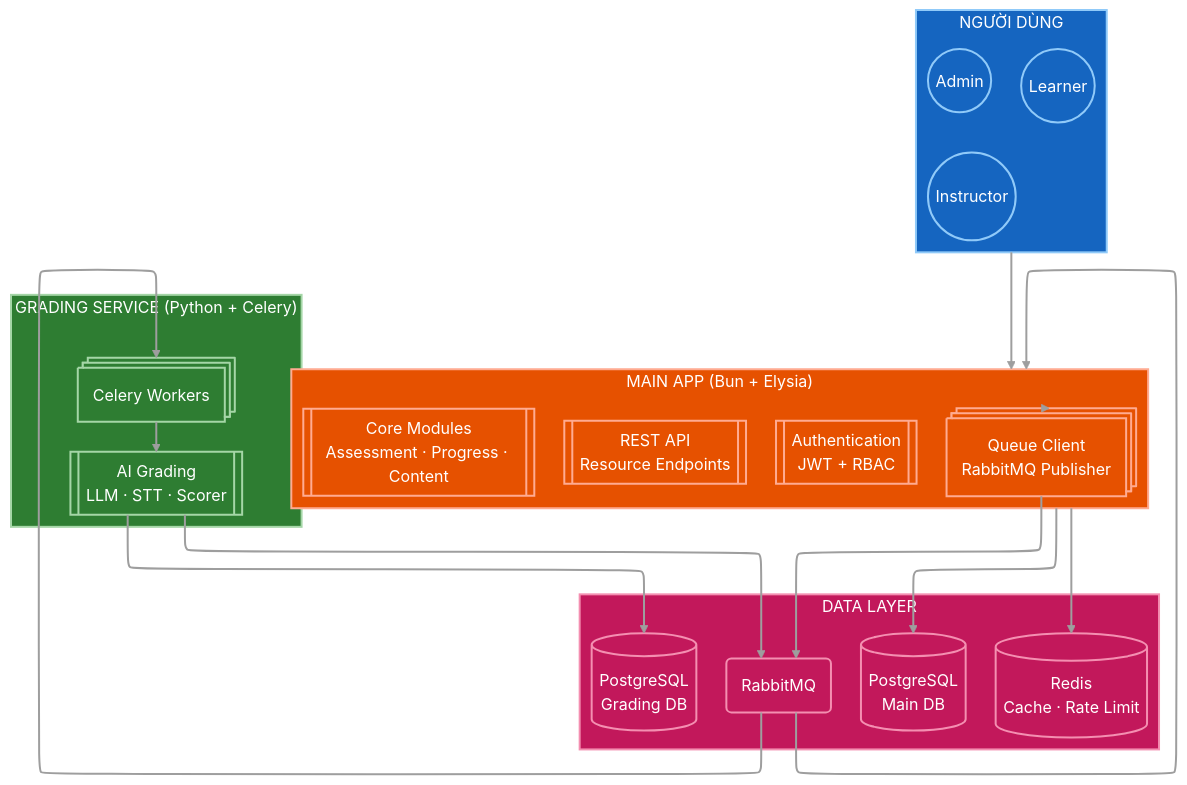
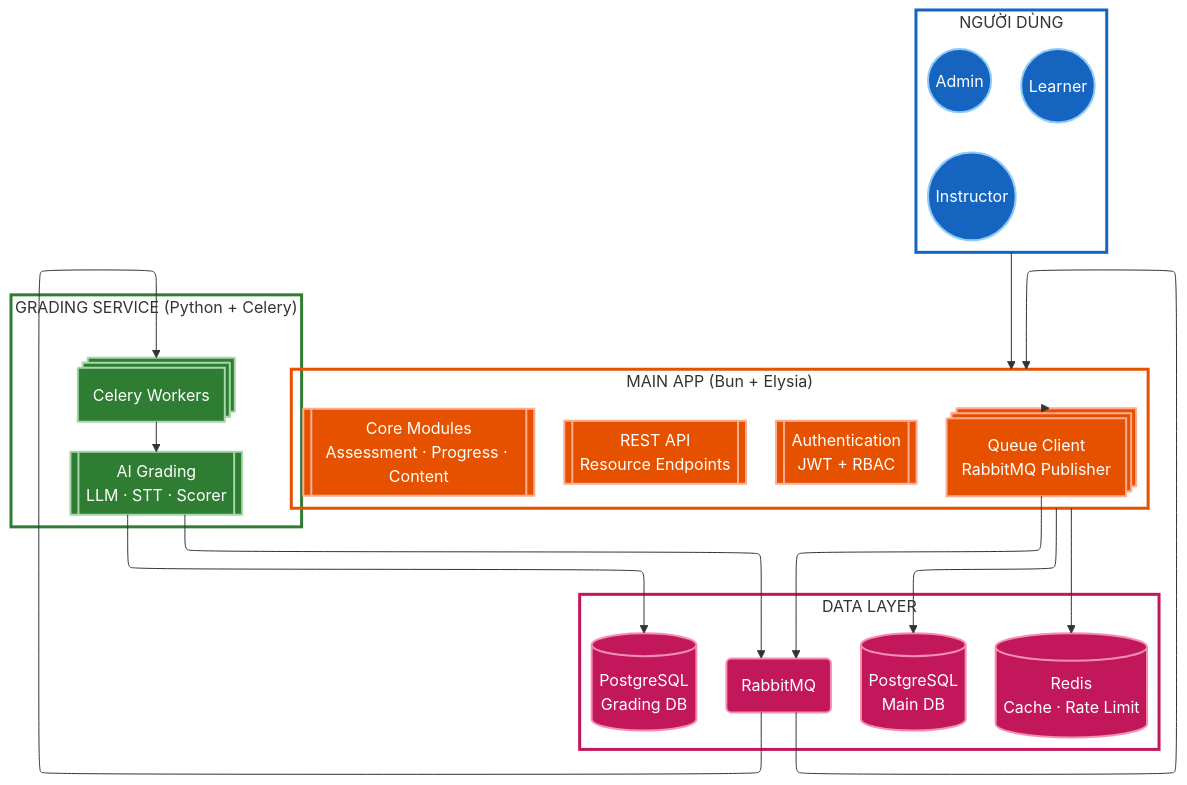
Before and after one commit to nghyane/VSTEP: the first of 12 diagrams in docs/capstone/diagrams/flow-diagrams.vi.md, drawn with Mermaid. The commit also changed other lines of this file, not shown here.

First line of the commit message:
fix(docs): remove unsupported linkStyle syntax causing parse errors

````diff
--- a/docs/capstone/diagrams/flow-diagrams.vi.md
+++ b/docs/capstone/diagrams/flow-diagrams.vi.md
@@ -9,59 +9,68 @@
 ```mermaid
 ---
 config:
   layout: elk
   theme: default
 ---
 flowchart TB
     subgraph Users["NGƯỜI DÙNG"]
         direction LR
         L@{ shape: circle, label: "Learner" }
         I@{ shape: circle, label: "Instructor" }
         A@{ shape: circle, label: "Admin" }
     end
 
     subgraph BunApp["MAIN APP (Bun + Elysia)"]
         direction TB
         Auth@{ shape: fr-rect, label: "Authentication\nJWT + RBAC" }
         API@{ shape: fr-rect, label: "REST API\nResource Endpoints" }
         Core@{ shape: fr-rect, label: "Core Modules\nAssessment · Progress · Content" }
         QueueClient@{ shape: st-rect, label: "Queue Client\nRabbitMQ Publisher" }
     end
 
     subgraph GradingService["GRADING SERVICE (Python + Celery)"]
         direction TB
         Worker@{ shape: st-rect, label: "Celery Workers" }
         Grader@{ shape: fr-rect, label: "AI Grading\nLLM · STT · Scorer" }
     end
 
     subgraph DataLayer["DATA LAYER"]
         direction LR
         MainDB@{ shape: cyl, label: "PostgreSQL\nMain DB" }
         GradingDB@{ shape: cyl, label: "PostgreSQL\nGrading DB" }
         MQ@{ shape: rounded, label: "RabbitMQ" }
         Redis@{ shape: cyl, label: "Redis\nCache · Rate Limit" }
     end
 
     Users --> BunApp
     BunApp --> MainDB
     BunApp --> Redis
     BunApp --> QueueClient
     QueueClient --> MQ
     MQ --> Worker
     Worker --> Grader
     Grader --> GradingDB
     Grader --> MQ
     MQ --> BunApp
 
     classDef users fill:#1565c0,stroke:#90caf9,stroke-width:2px,color:#fff
     classDef bun fill:#e65100,stroke:#ffab91,stroke-width:2px,color:#fff
     classDef python fill:#2e7d32,stroke:#a5d6a7,stroke-width:2px,color:#fff
     classDef data fill:#c2185b,stroke:#f48fb1,stroke-width:2px,color:#fff
 
-    class Users,L,I,A users
-    class BunApp,Auth,API,Core,QueueClient bun
-    class GradingService,Worker,Grader python
-    class DataLayer,MainDB,GradingDB,MQ,Redis data
+    classDef usersBox fill:none,stroke:#1565c0,stroke-width:3px
+    classDef bunBox fill:none,stroke:#e65100,stroke-width:3px
+    classDef pythonBox fill:none,stroke:#2e7d32,stroke-width:3px
+    classDef dataBox fill:none,stroke:#c2185b,stroke-width:3px
+
+    class Users usersBox
+    class BunApp bunBox
+    class GradingService pythonBox
+    class DataLayer dataBox
+
+    class L,I,A users
+    class Auth,API,Core,QueueClient bun
+    class Worker,Grader python
+    class MainDB,GradingDB,MQ,Redis data
     
-    linkStyle default stroke:#9e9e9e,stroke-width:2px
 ```
````
